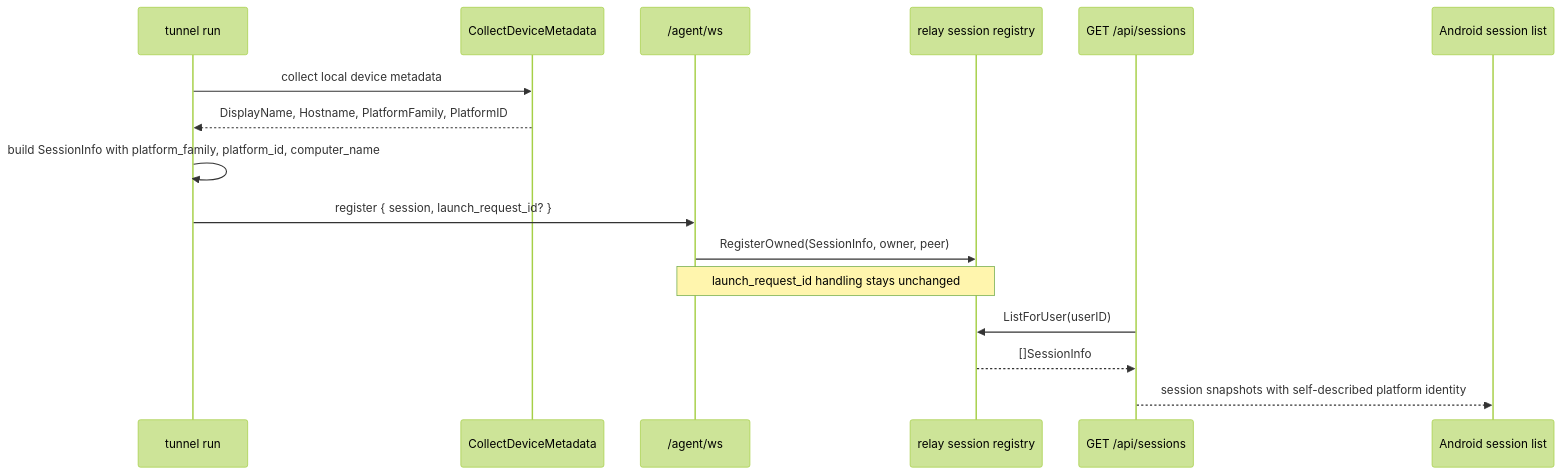
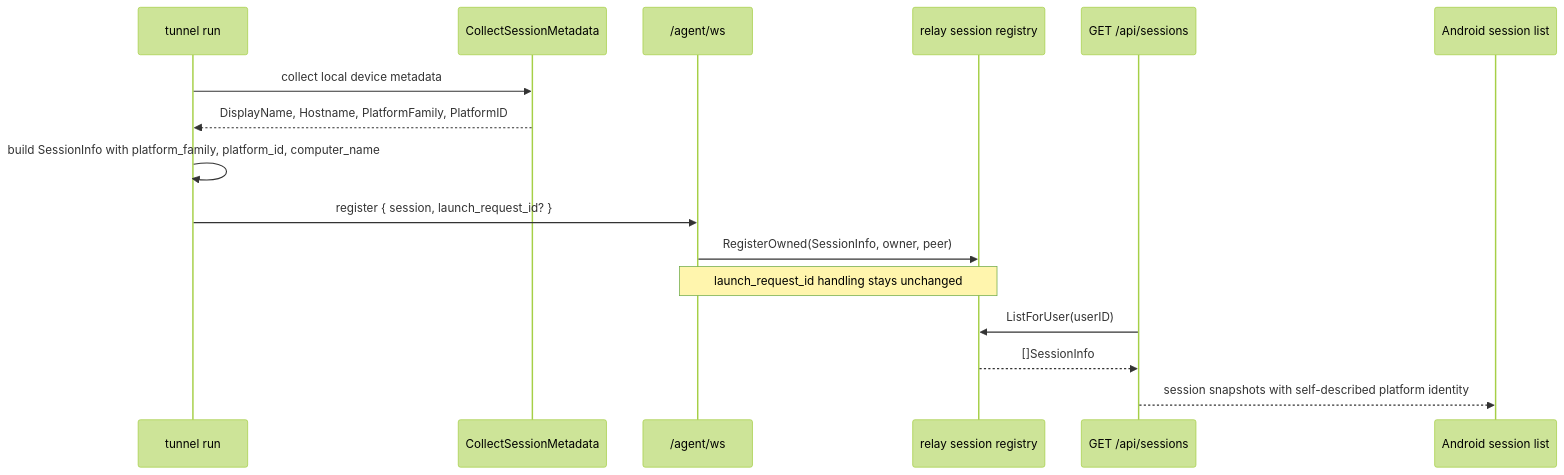
The diagram in docs/plans/2026-04-18-003-feat-session-platform-identity-plan.md (yuanbohan/agent-tunnel), drawn with Mermaid (forest theme) before and after one commit. The commit also changed other lines of this file and 1 other file, not shown here.

Commit message:
docs(session): align review follow-up wording

````diff
--- a/docs/plans/2026-04-18-003-feat-session-platform-identity-plan.md
+++ b/docs/plans/2026-04-18-003-feat-session-platform-identity-plan.md
@@ -109,19 +109,19 @@
 ```mermaid
 sequenceDiagram
     participant Tunnel as tunnel run
-    participant DaemonMeta as CollectDeviceMetadata
+    participant DaemonMeta as CollectSessionMetadata
     participant RelayWS as /agent/ws
     participant Registry as relay session registry
     participant SessionsAPI as GET /api/sessions
     participant Android as Android session list
 
     Tunnel->>DaemonMeta: collect local device metadata
     DaemonMeta-->>Tunnel: DisplayName, Hostname, PlatformFamily, PlatformID
     Tunnel->>Tunnel: build SessionInfo with platform_family, platform_id, computer_name
     Tunnel->>RelayWS: register { session, launch_request_id? }
     RelayWS->>Registry: RegisterOwned(SessionInfo, owner, peer)
     Note over RelayWS,Registry: launch_request_id handling stays unchanged
     SessionsAPI->>Registry: ListForUser(userID)
     Registry-->>SessionsAPI: []SessionInfo
     SessionsAPI-->>Android: session snapshots with self-described platform identity
 ```
````
